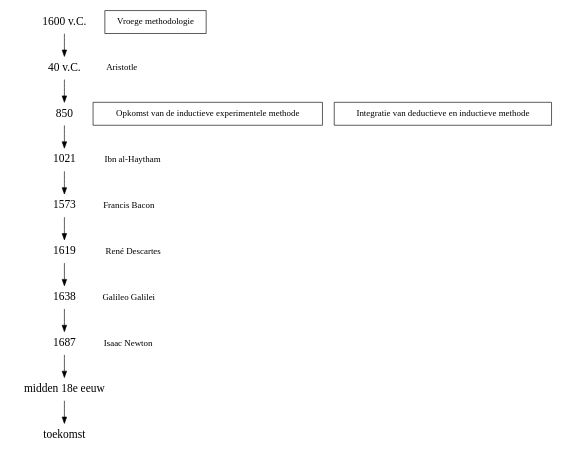
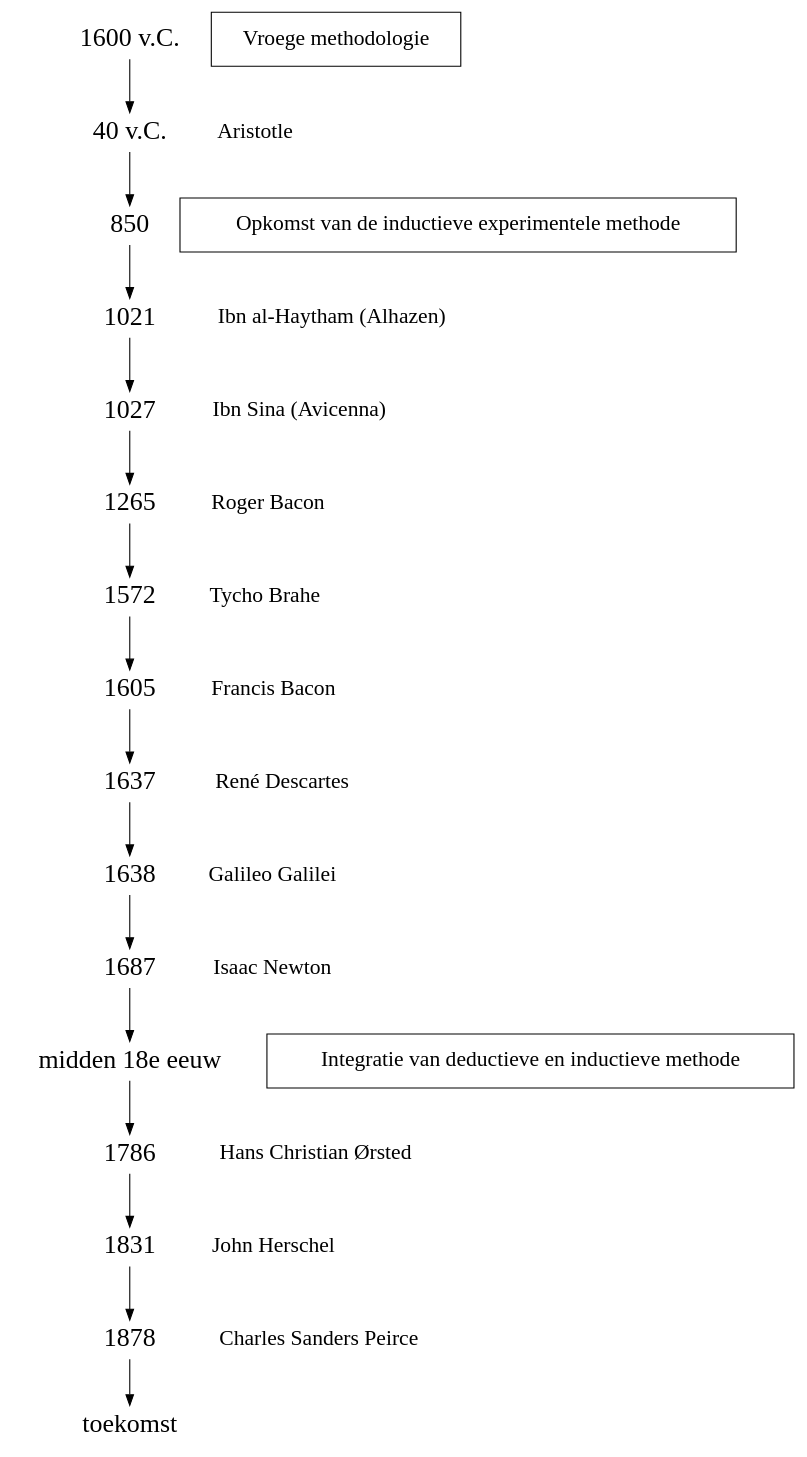
Before and after one commit to psmsmets/WetenschappelijkeMethodiek: the second of 2 diagrams in wetenschappelijke-methode.qmd, drawn with Graphviz. The commit also changed other lines of this file and 86 other files, not shown here.

````diff
--- a/wetenschappelijke-methode.qmd
+++ b/wetenschappelijke-methode.qmd
@@ -65,33 +86,47 @@
 ```{dot}
+#| label: fig-methode-tijdlijn
+#| fig-cap: "Tijdlijn"
+
 digraph shells {
-    size="7,8";
-    node [fontsize=18, shape = plaintext, fontname = "Source Sans Pro"];
+    node [fontsize=24, shape = plaintext, fontname = "Source Sans Pro"];
 
     -1600 [ label = "1600 v.C."];
     -40 [ label = "40 v.C."];
     1750 [ label = "midden 18e eeuw"];
     future [ label = "toekomst"];
 
     -1600 -> -40;
     -40 -> 850;
     850 -> 1021;
-    1021 -> 1573;
-    1573 -> 1619;
-    1619 -> 1638;
+    1021 -> 1027;
+    1027 -> 1265;
+    1265 -> 1572;
+    1572 -> 1605;
+    1605 -> 1637;
+    1637 -> 1638;
     1638 -> 1687;
     1687 -> 1750;
-    1750 -> future;
+    1750 -> 1786;
+    1786 -> 1831;
+    1831 -> 1878;
+    1878 -> future;
 
-    node [fontsize=14, fontname = "Source Sans Pro"];
+    node [fontsize=20, fontname = "Source Sans Pro", margin=.2];
     { rank=same;  -1600 "Vroege methodologie" [shape = box]; }
     { rank=same;  850 "Opkomst van de inductieve experimentele methode" [shape = box]; }
-    { rank=same;  850 "Integratie van deductieve en inductieve methode" [shape = box]; }
-    { rank=same;  -40 "Aristotle"; }
-    { rank=same;  1021 "Ibn al-Haytham"; } // Arabische natuurkundige, Book of Optics
-    { rank=same;  1573 "Francis Bacon"; }
-    { rank=same;  1619 "René Descartes"; }
+    { rank=same;  1750 "Integratie van deductieve en inductieve methode" [shape = box]; }
+    { rank=same;  -40 "Aristotle"; } // empiricism
+    { rank=same;  1021 "Ibn al-Haytham (Alhazen)"; } // Arabische natuurkundige, Book of Optics
+    { rank=same;  1027 "Ibn Sina (Avicenna)"; }
+    { rank=same;  1265 "Roger Bacon"; }
+    { rank=same;  1572 "Tycho Brahe"; }
+    { rank=same;  1605 "Francis Bacon"; }
+    { rank=same;  1637 "René Descartes"; }
     { rank=same;  1638 "Galileo Galilei"; }
     { rank=same;  1687 "Isaac Newton"; }
+    { rank=same;  1786 "Hans Christian Ørsted"; }
+    { rank=same;  1831 "John Herschel"; }
+    { rank=same;  1878 "Charles Sanders Peirce"; }
 
 }
 ```
````
